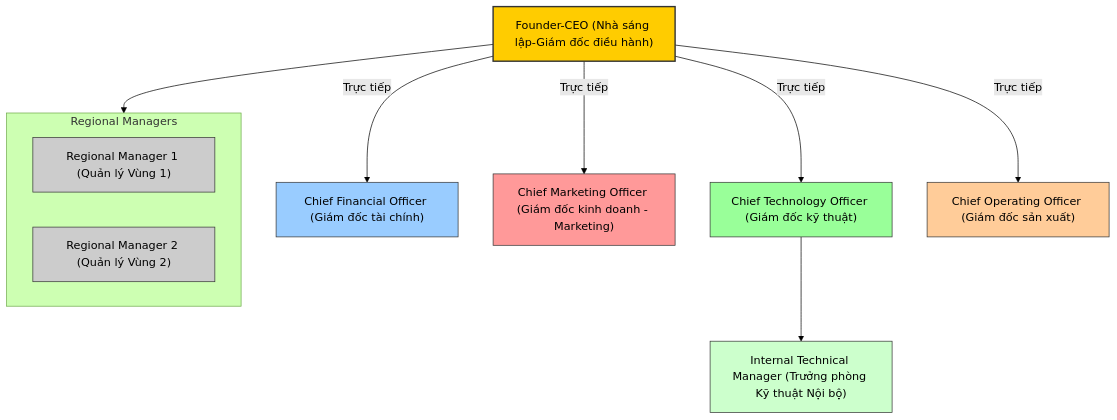
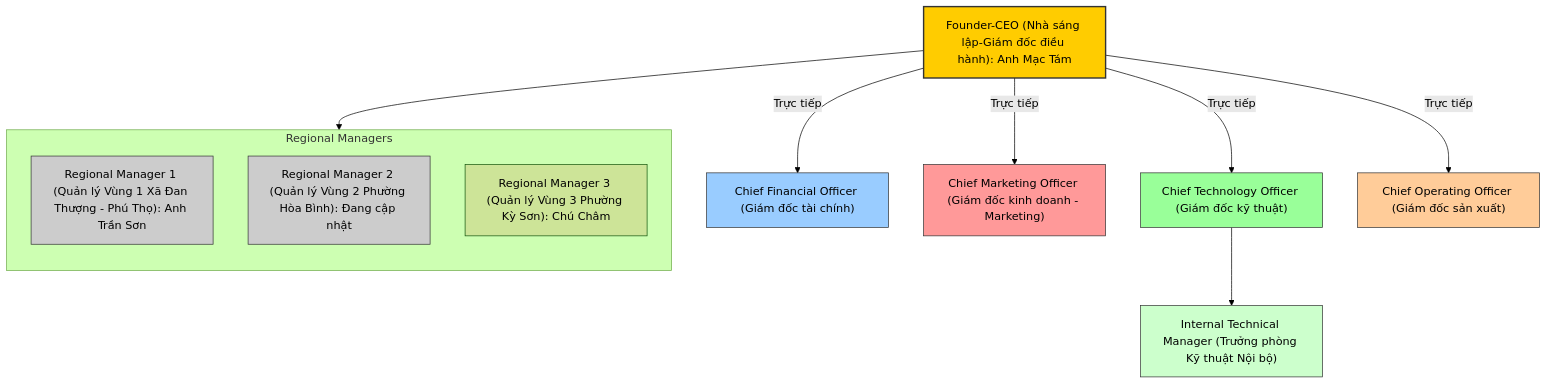
One commit to trethanhphat/gioi-thieu changed the diagram in organizational-chart.md. Above: the diagram before and after it, drawn with Mermaid (forest theme).

````diff
--- a/organizational-chart.md
+++ b/organizational-chart.md
@@ -3,29 +3,30 @@
 ```mermaid
 flowchart TD
-CEO["Founder-CEO (Nhà sáng lập-Giám đốc điều hành)"]
+CEO["Founder-CEO (Nhà sáng lập-Giám đốc điều hành): Anh Mạc Tám"]
     CEO --> |"Trực tiếp"| CFO["Chief Financial Officer (Giám đốc tài chính)"]
     CEO --> |"Trực tiếp"| CMO["Chief Marketing Officer (Giám đốc kinh doanh - Marketing)"]
     CEO --> |"Trực tiếp"| CTO["Chief Technology Officer (Giám đốc kỹ thuật)"]
     CEO --> |"Trực tiếp"| COO["Chief Operating Officer (Giám đốc sản xuất)"]
     %% Gom nhóm quản lý vùng
     subgraph REG["Regional Managers"]
-        direction LR
-        RM1["Regional Manager 1 (Quản lý Vùng 1)"]
-        RM2["Regional Manager 2 (Quản lý Vùng 2)"]
+        direction TD
+        RM1["Regional Manager 1 (Quản lý Vùng 1 Xã Đan Thượng - Phú Thọ): Anh Trần Sơn"]
+        RM2["Regional Manager 2 (Quản lý Vùng 2 Phường Hòa Bình): Đang cập nhật"]
+        RM3["Regional Manager 3 (Quản lý Vùng 3 Phường Kỳ Sơn): Chú Châm"]
     end
     CEO --> REG
 
     CTO --> ITM["Internal Technical Manager (Trưởng phòng Kỹ thuật Nội bộ)"]
 
 %% 🎨 Màu sắc
     style CEO fill:#ffcc00,stroke:#333,stroke-width:2px
     style CFO fill:#99ccff,stroke:#333,stroke-width:1px
     style CMO fill:#ff9999,stroke:#333,stroke-width:1px
     style CTO fill:#99ff99,stroke:#333,stroke-width:1px
     style COO fill:#ffcc99,stroke:#333,stroke-width:1px
     style RM1 fill:#cccccc,stroke:#333,stroke-width:1px
     style RM2 fill:#cccccc,stroke:#333,stroke-width:1px
     style ITM fill:#ccffcc,stroke:#333,stroke-width:1px
 
 
 ```
````
